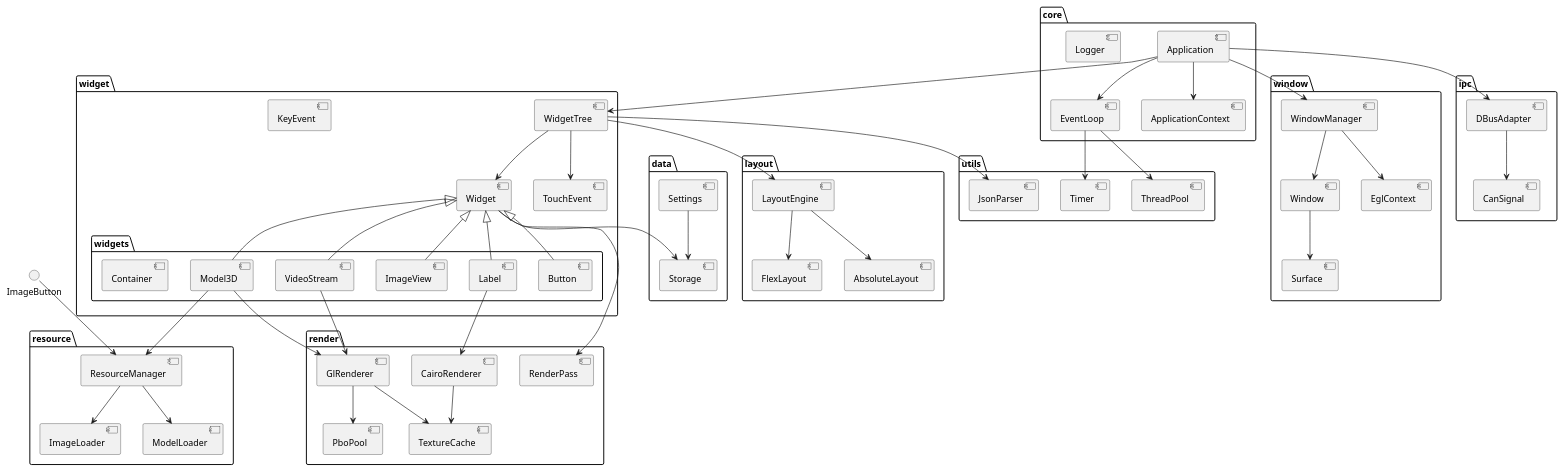
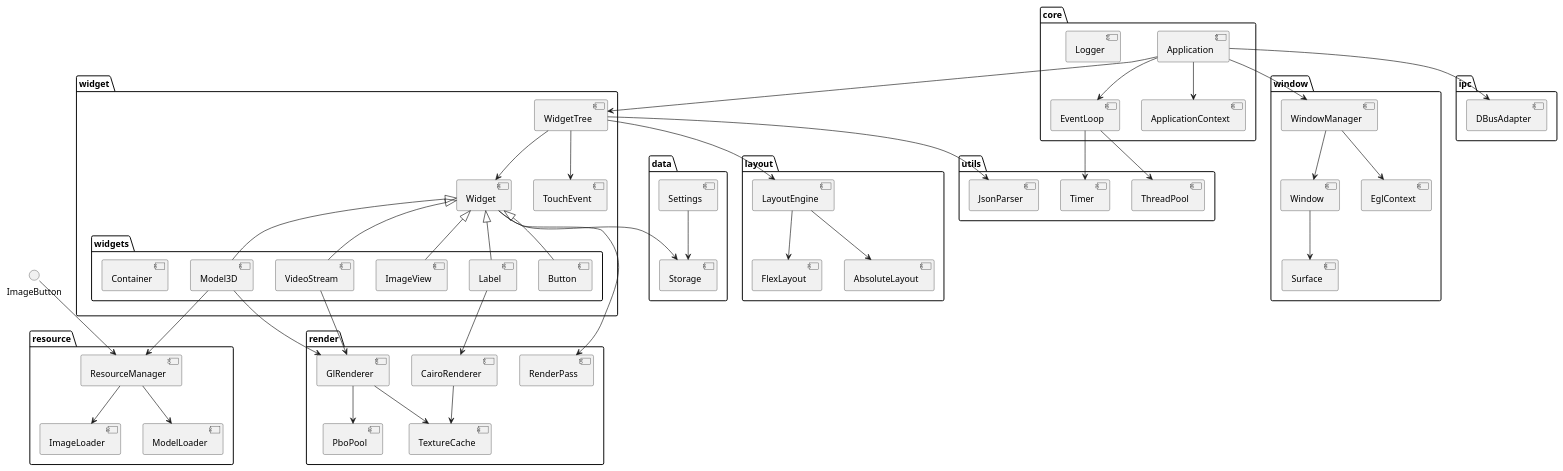
One commit to zhengzubing/RenderUI changed the diagram in docs/diagrams/module_diagram.plantuml. Above: the diagram before and after it, drawn with PlantUML. The commit also changed 74 other files, not shown here.

```diff
--- a/docs/diagrams/module_diagram.plantuml
+++ b/docs/diagrams/module_diagram.plantuml
@@ -1,119 +1,116 @@
 @startuml RenderUI 模块依赖图
 skinparam backgroundColor #FFFFFF
 skinparam componentStyle uml2
 
 package "core" {
   [Application]
   [EventLoop]
   [Logger]
   [ApplicationContext]
 }
 
 package "window" {
   [WindowManager]
   [Window]
   [Surface]
   [EglContext]
 }
 
 package "widget" {
   [Widget]
   [WidgetTree]
   [TouchEvent]
-  [KeyEvent]
   
   package "widgets" {
     [Button]
     [Label]
     [ImageView]
     [VideoStream]
     [Model3D]
     [Container]
   }
 }
 
 package "layout" {
   [LayoutEngine]
   [FlexLayout]
   [AbsoluteLayout]
 }
 
 package "render" {
   [RenderPass]
   [CairoRenderer]
   [GlRenderer]
   [TextureCache]
   [PboPool]
 }
 
 package "resource" {
   [ResourceManager]
   [ImageLoader]
   [ModelLoader]
 }
 
 package "data" {
   [Storage]
   [Settings]
 }
 
 package "ipc" {
   [DBusAdapter]
-  [CanSignal]
 }
 
 package "utils" {
   [JsonParser]
   [Timer]
   [ThreadPool]
 }
 
 ' 依赖关系
 Application --> EventLoop
 Application --> ApplicationContext
 Application --> WindowManager
 Application --> WidgetTree
 
 WindowManager --> Window
 WindowManager --> EglContext
 Window --> Surface
 
 WidgetTree --> Widget
 WidgetTree --> LayoutEngine
 WidgetTree --> TouchEvent
 
 Widget <|-- Button
 Widget <|-- Label
 Widget <|-- ImageView
 Widget <|-- VideoStream
 Widget <|-- Model3D
 
 LayoutEngine --> FlexLayout
 LayoutEngine --> AbsoluteLayout
 
 Widget --> RenderPass
 VideoStream --> GlRenderer
 Label --> CairoRenderer
 Model3D --> GlRenderer
 
 GlRenderer --> TextureCache
 GlRenderer --> PboPool
 CairoRenderer --> TextureCache
 
 ResourceManager --> ImageLoader
 ResourceManager --> ModelLoader
 
 ImageButton --> ResourceManager
 Model3D --> ResourceManager
 
 Widget --> Storage
 Settings --> Storage
 
 WidgetTree --> JsonParser
 Application --> DBusAdapter
-DBusAdapter --> CanSignal
 
 EventLoop --> Timer
 EventLoop --> ThreadPool
 
 @enduml
```
